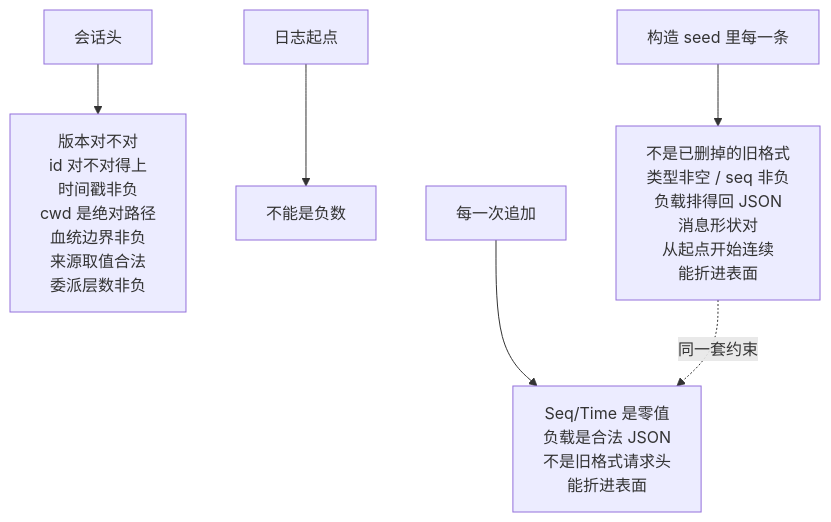
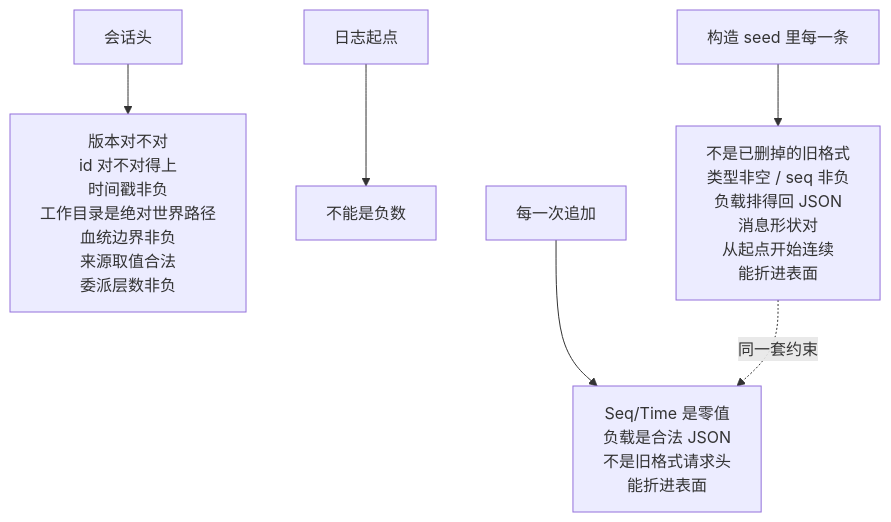
Diagram 12 of 12 in docs/modules/core-session.md (snight1983/ds-harness-go), drawn with Mermaid before and after one commit. The commit also changed 195 other files, not shown here.

````diff
--- a/docs/modules/core-session.md
+++ b/docs/modules/core-session.md
@@ -521,9 +521,9 @@
 ```mermaid
 flowchart TD
-    A["会话头"] --> A1["版本对不对<br/>id 对不对得上<br/>时间戳非负<br/>cwd 是绝对路径<br/>血统边界非负<br/>来源取值合法<br/>委派层数非负"]
+    A["会话头"] --> A1["版本对不对<br/>id 对不对得上<br/>时间戳非负<br/>工作目录是绝对世界路径<br/>血统边界非负<br/>来源取值合法<br/>委派层数非负"]
     Z["日志起点"] --> Z1["不能是负数"]
     B["构造 seed 里每一条"] --> B1["不是已删掉的旧格式<br/>类型非空 / seq 非负<br/>负载排得回 JSON<br/>消息形状对<br/>从起点开始连续<br/>能折进表面"]
     C["每一次追加"] --> C1["Seq/Time 是零值<br/>负载是合法 JSON<br/>不是旧格式请求头<br/>能折进表面"]
 
     B1 -.->|"同一套约束"| C1
 ```
````
